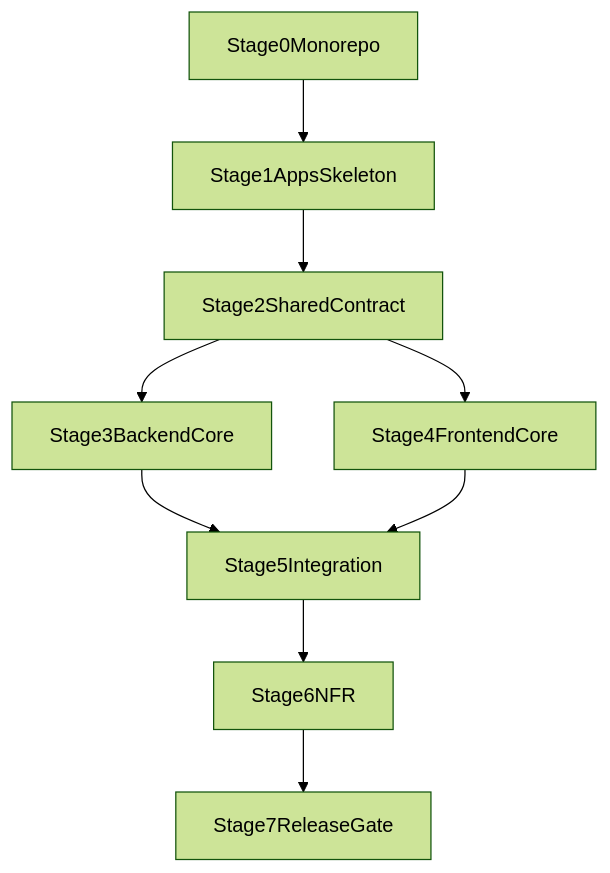
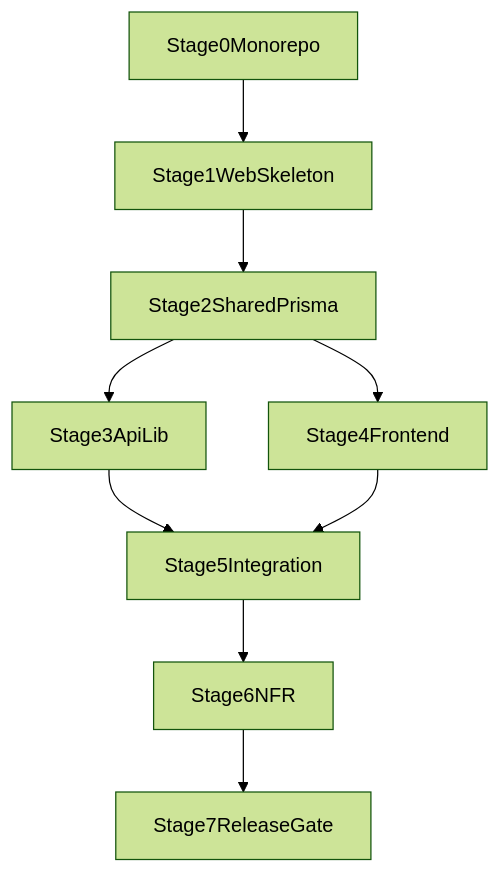
One commit to AnatolyKostarev/ams-documents-generator changed the diagram in .cursor/plans/docgenerator-master-roadmap-monorepo.plan.md. Above: the diagram before and after it, drawn with Mermaid (forest theme). The commit also changed other lines of this file, not shown here.

Commit message:
docs: align DocGenerator master roadmap with TZ v1.0 and add effort estimates

````diff
--- a/.cursor/plans/docgenerator-master-roadmap-monorepo.plan.md
+++ b/.cursor/plans/docgenerator-master-roadmap-monorepo.plan.md
@@ -167,11 +223,11 @@
 ```mermaid
 flowchart TD
-  m0[Stage0Monorepo] --> m1[Stage1AppsSkeleton]
-  m1 --> m2[Stage2SharedContract]
-  m2 --> m3[Stage3BackendCore]
-  m2 --> m4[Stage4FrontendCore]
+  m0[Stage0Monorepo] --> m1[Stage1WebSkeleton]
+  m1 --> m2[Stage2SharedPrisma]
+  m2 --> m3[Stage3ApiLib]
+  m2 --> m4[Stage4Frontend]
   m3 --> m5[Stage5Integration]
   m4 --> m5
   m5 --> m6[Stage6NFR]
   m6 --> m7[Stage7ReleaseGate]
 ```
````
